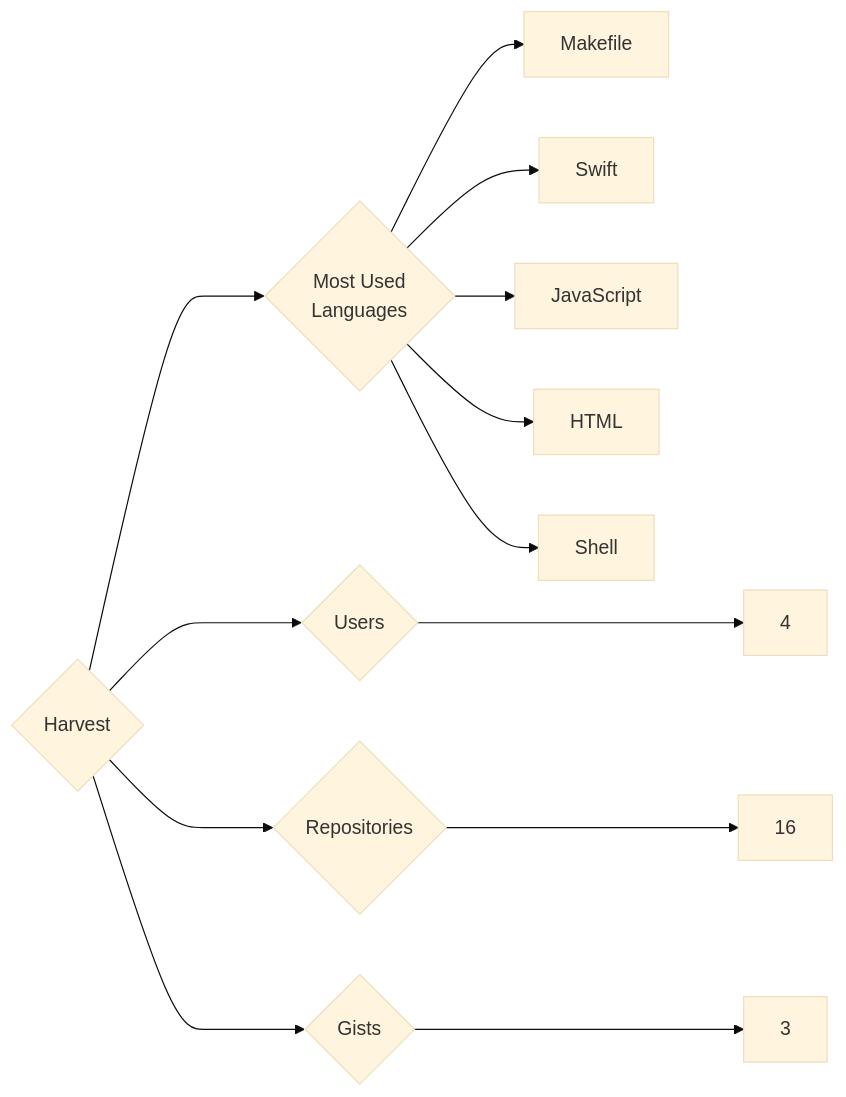
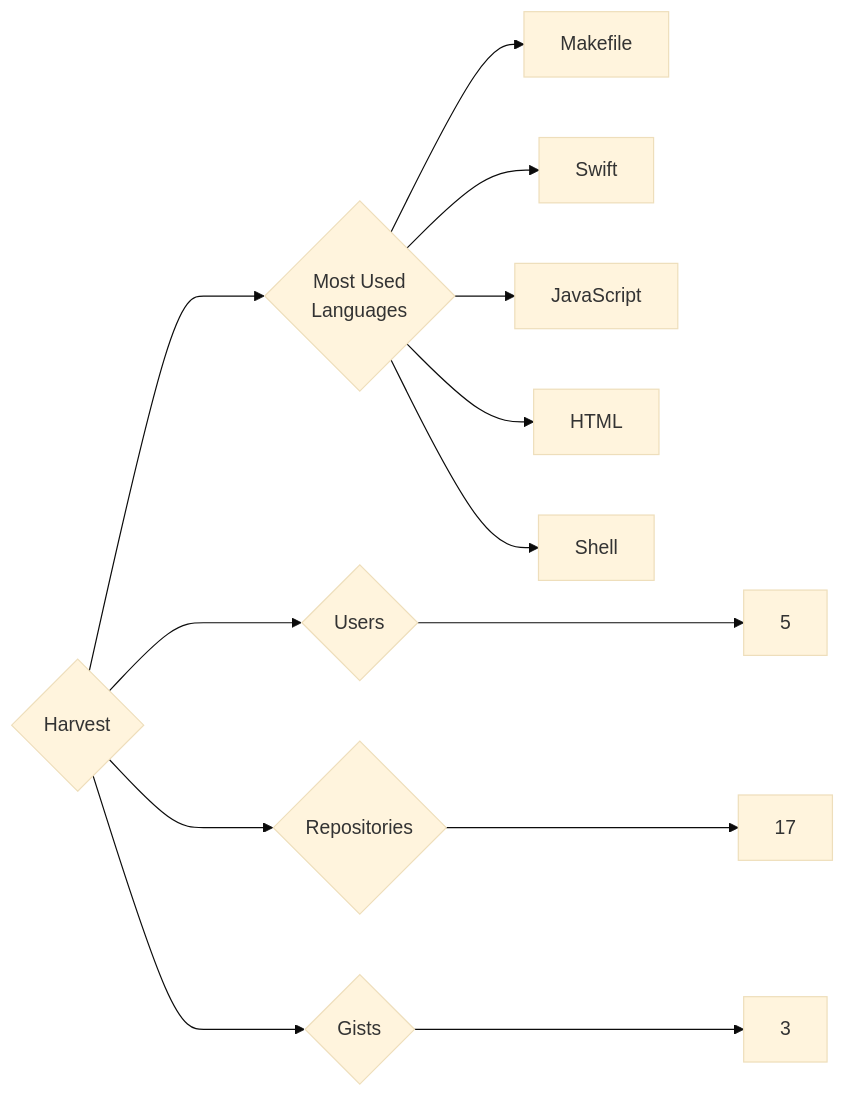
The diagram in targets/Harvest/README.md (trickest/insiders), drawn with Mermaid (base theme) before and after one commit. The commit also changed 912 other files, not shown here.

````diff
--- a/targets/Harvest/README.md
+++ b/targets/Harvest/README.md
@@ -3,13 +3,13 @@
 ```mermaid
 graph LR
 COMPANY_NAME{Harvest}
-COMPANY_NAME ---> U{Users} ---> UN[4]
-COMPANY_NAME ---> R{Repositories} ---> RN[16]
+COMPANY_NAME ---> U{Users} ---> UN[5]
+COMPANY_NAME ---> R{Repositories} ---> RN[17]
 COMPANY_NAME ---> G{Gists} ---> GN[3]
 COMPANY_NAME ---> ML{Most Used<br>Languages}
 ML --> Makefile[Makefile]
 ML --> Swift[Swift]
 ML --> JavaScript[JavaScript]
 ML --> HTML[HTML]
 ML --> Shell[Shell]
 ```
````
